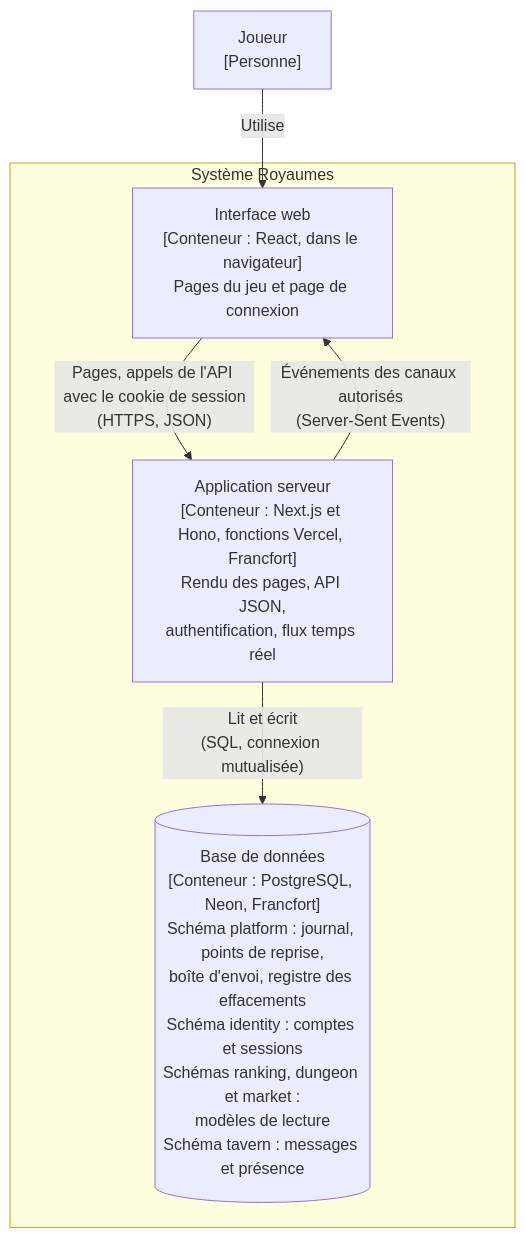
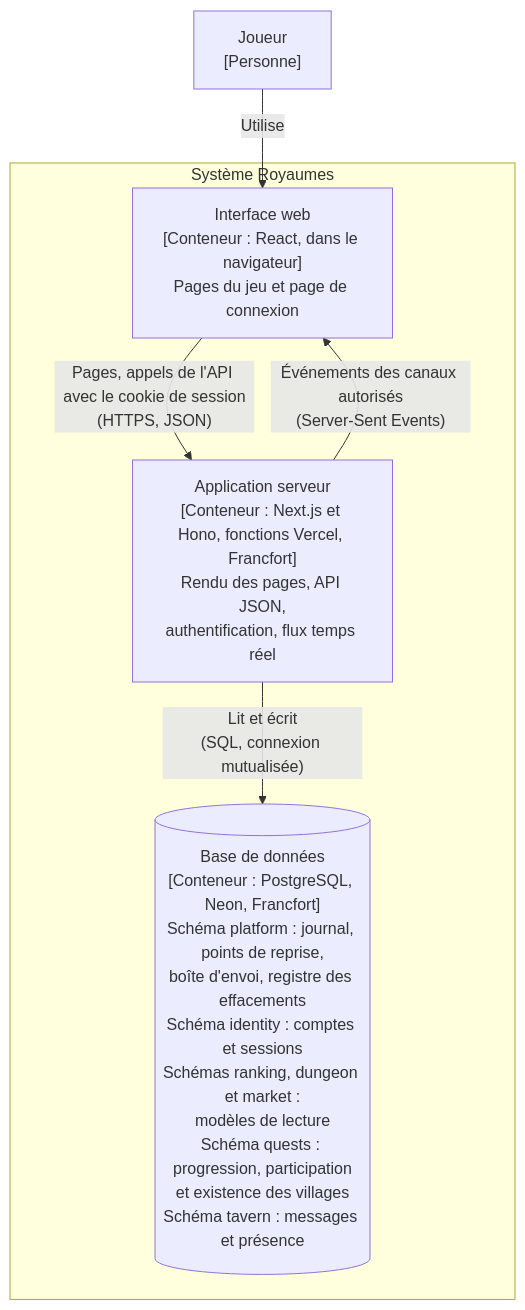
One commit to Tiffany-Dby/royaumes changed the second of 6 diagrams in docs/architecture.md. Above: the diagram before and after it, drawn with Mermaid. The commit also changed other lines of this file, not shown here.

Commit message:
docs(architecture): document Daily Quests integration

````diff
--- a/docs/architecture.md
+++ b/docs/architecture.md
@@ -25,13 +25,13 @@
 ```mermaid
 flowchart TB
   joueur["Joueur<br/>[Personne]"]
   subgraph royaumes["Système Royaumes"]
     web["Interface web<br/>[Conteneur : React, dans le navigateur]<br/>Pages du jeu et page de connexion"]
     serveur["Application serveur<br/>[Conteneur : Next.js et Hono, fonctions Vercel, Francfort]<br/>Rendu des pages, API JSON,<br/>authentification, flux temps réel"]
-    base[("Base de données<br/>[Conteneur : PostgreSQL, Neon, Francfort]<br/>Schéma platform : journal, points de reprise,<br/>boîte d'envoi, registre des effacements<br/>Schéma identity : comptes et sessions<br/>Schémas ranking, dungeon et market :<br/>modèles de lecture<br/>Schéma tavern : messages et présence")]
+    base[("Base de données<br/>[Conteneur : PostgreSQL, Neon, Francfort]<br/>Schéma platform : journal, points de reprise,<br/>boîte d'envoi, registre des effacements<br/>Schéma identity : comptes et sessions<br/>Schémas ranking, dungeon et market :<br/>modèles de lecture<br/>Schéma quests : progression, participation<br/>et existence des villages<br/>Schéma tavern : messages et présence")]
   end
   joueur -->|"Utilise"| web
   web -->|"Pages, appels de l'API avec le cookie de session<br/>(HTTPS, JSON)"| serveur
   serveur -->|"Événements des canaux autorisés<br/>(Server-Sent Events)"| web
   serveur -->|"Lit et écrit<br/>(SQL, connexion mutualisée)"| base
 ```
````
